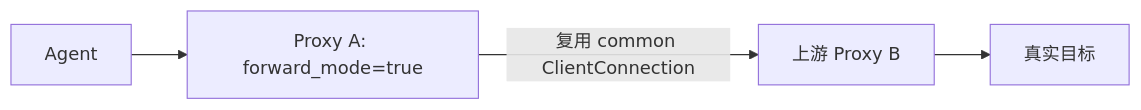
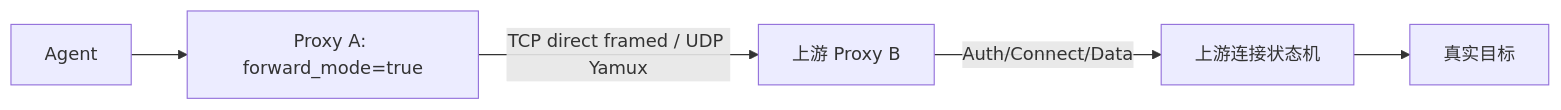
The diagram in docs/diagrams/12-forward-mode.mmd (quhxuxm/ppaass-ai), drawn with Mermaid before and after one commit. The commit also changed 22 other files, not shown here.

Commit message:
Refactor end-to-end sequence diagram: rename Sessions to Streams and update connection flow for TCP and UDP

```diff
--- a/docs/diagrams/12-forward-mode.mmd
+++ b/docs/diagrams/12-forward-mode.mmd
@@ -1,4 +1,5 @@
 flowchart LR
     Agent["Agent"] --> ProxyA["Proxy A: forward_mode=true"]
-    ProxyA -->|"复用 common ClientConnection"| ProxyB["上游 Proxy B"]
-    ProxyB --> Target["真实目标"]
+    ProxyA -->|"TCP direct framed / UDP Yamux"| ProxyB["上游 Proxy B"]
+    ProxyB -->|"Auth/Connect/Data"| ProxyBState["上游连接状态机"]
+    ProxyBState --> Target["真实目标"]
```
